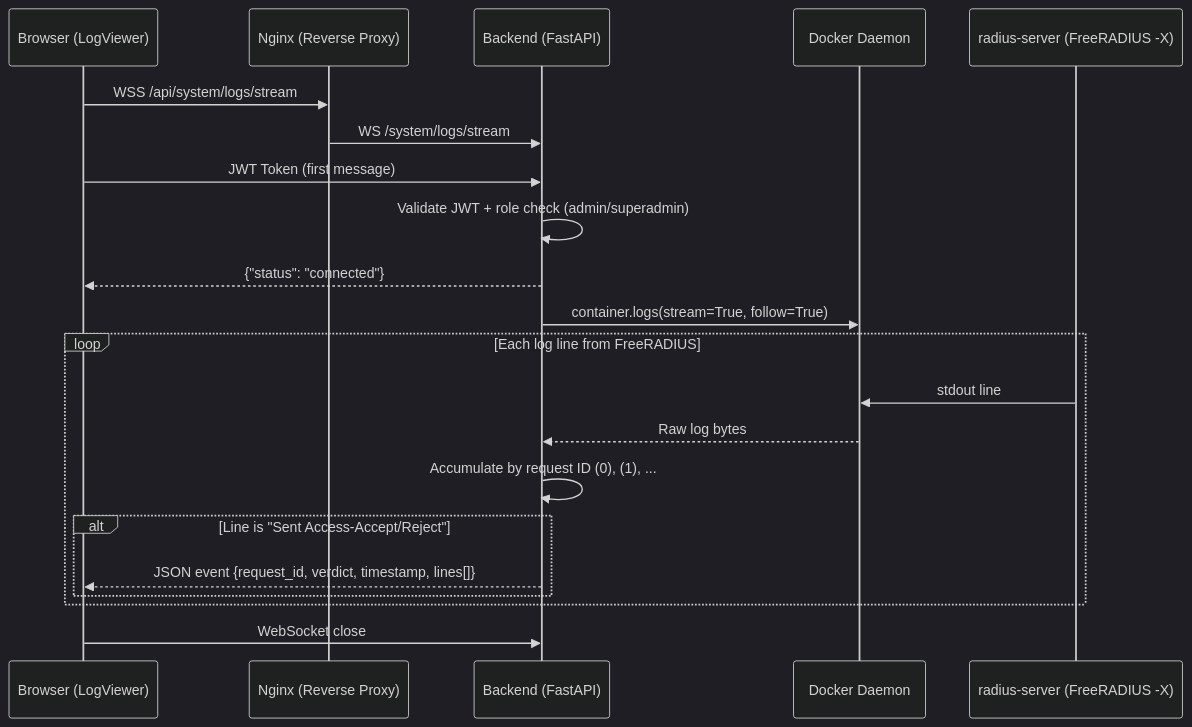
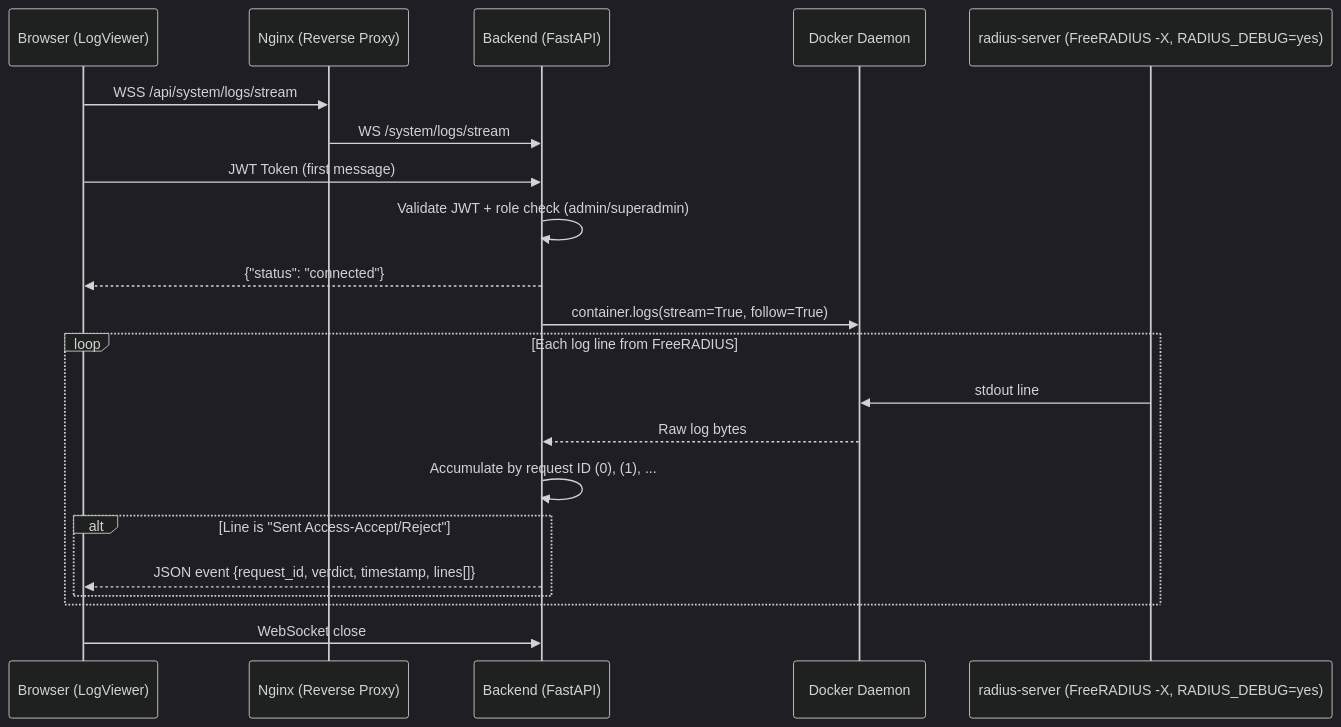
The diagram in docs/04-live-log-viewer.md (alexandervazquez98/ZeroRadius), drawn with Mermaid (dark theme) before and after one commit. The commit also changed other lines of this file and 9 other files, not shown here.

````diff
--- a/docs/04-live-log-viewer.md
+++ b/docs/04-live-log-viewer.md
@@ -20,28 +42,28 @@
 ```mermaid
 sequenceDiagram
     participant FE as Browser (LogViewer)
     participant NG as Nginx (Reverse Proxy)
     participant BE as Backend (FastAPI)
     participant DK as Docker Daemon
-    participant FR as radius-server (FreeRADIUS -X)
+    participant FR as radius-server (FreeRADIUS -X, RADIUS_DEBUG=yes)
 
     FE->>NG: WSS /api/system/logs/stream
     NG->>BE: WS /system/logs/stream
     FE->>BE: JWT Token (first message)
     BE->>BE: Validate JWT + role check (admin/superadmin)
     BE-->>FE: {"status": "connected"}
 
     BE->>DK: container.logs(stream=True, follow=True)
 
     loop Each log line from FreeRADIUS
         FR->>DK: stdout line
         DK-->>BE: Raw log bytes
         BE->>BE: Accumulate by request ID (0), (1), ...
 
         alt Line is "Sent Access-Accept/Reject"
             BE-->>FE: JSON event {request_id, verdict, timestamp, lines[]}
         end
     end
 
     FE->>BE: WebSocket close
 ```
````
